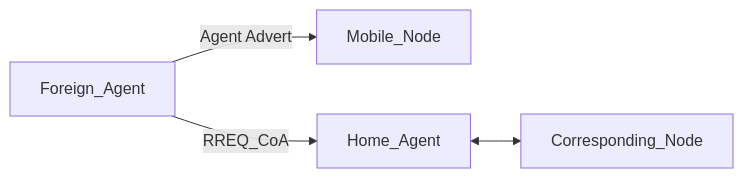
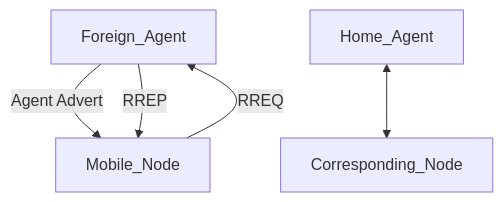
The diagram in README.md (juakali-networks/mip), drawn with Mermaid before and after one commit.

Commit message:
Added diagram to ReadMe

````diff
--- a/README.md
+++ b/README.md
@@ -26,6 +26,7 @@
 ```mermaid
-flowchart LR;
+flowchart TD;
     Foreign_Agent-->|Agent Advert|Mobile_Node;
     Home_Agent<-->Corresponding_Node;
-    Foreign_Agent-->|RREQ_CoA|Home_Agent;
+    Mobile_Node-->|RREQ|Foreign_Agent;
+    Foreign_Agent-->|RREP|Mobile_Node;
 ```
````
